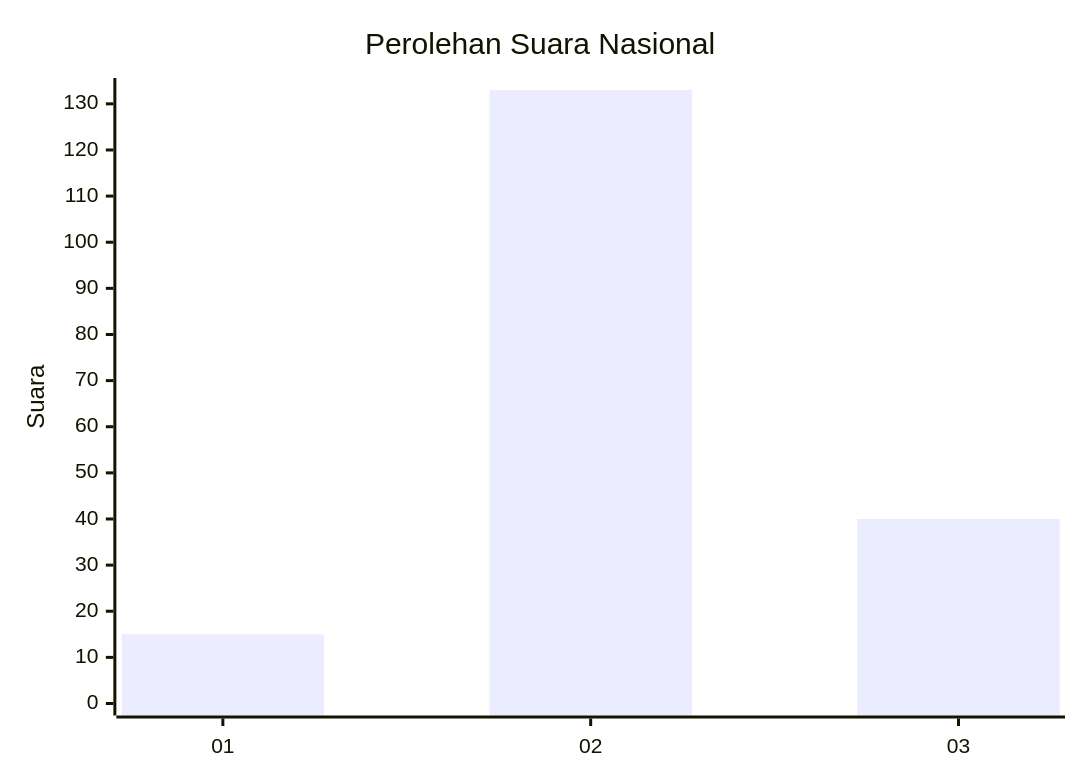
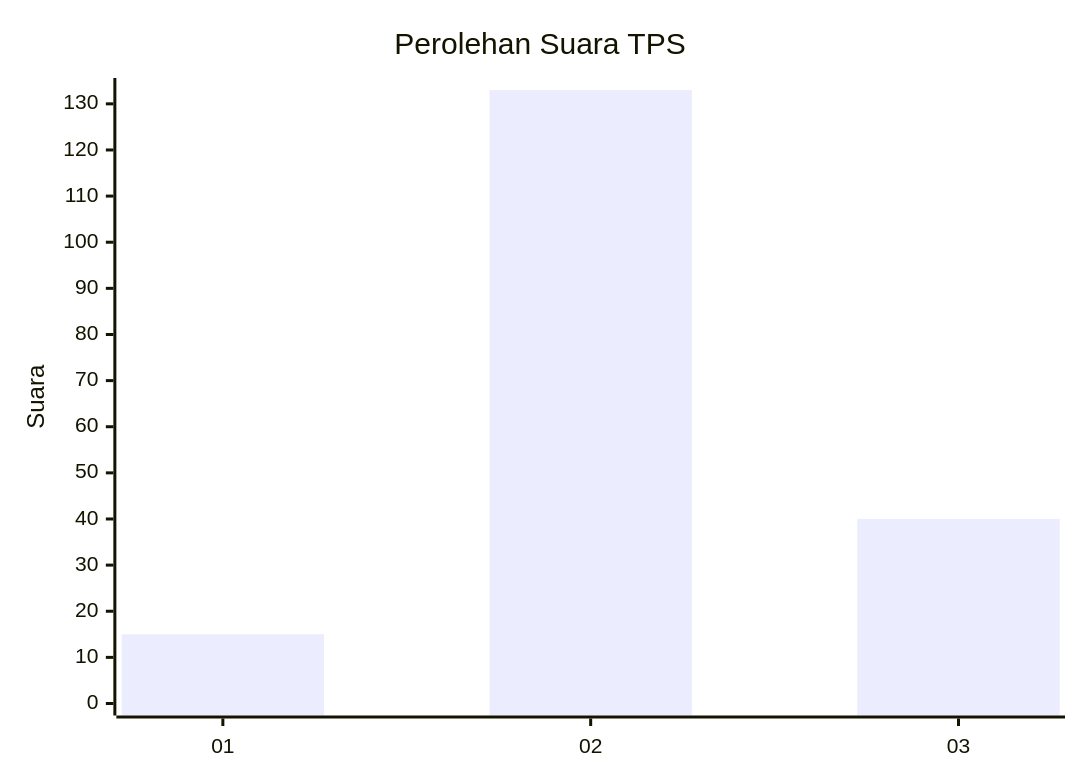
The first of 2 diagrams in pilpres/hitung-suara/sub/71-sulawesi-utara/sub/03-kepulauan-sangihe/sub/13-manganitu/sub/2002-barangka/sub/004-tps/README.md (gigit-pemilu/pemilu-2024-71-sulawesi-utara), drawn with Mermaid before and after one commit. The commit also changed other lines of this file and 7285 other files, not shown here.

````diff
--- a/pilpres/hitung-suara/sub/71-sulawesi-utara/sub/03-kepulauan-sangihe/sub/13-manganitu/sub/2002-barangka/sub/004-tps/README.md
+++ b/pilpres/hitung-suara/sub/71-sulawesi-utara/sub/03-kepulauan-sangihe/sub/13-manganitu/sub/2002-barangka/sub/004-tps/README.md
@@ -5,7 +5,7 @@
 ```mermaid
 xychart-beta
-    title "Perolehan Suara Nasional"
+    title "Perolehan Suara TPS"
     x-axis [01, 02, 03]
     y-axis "Suara" 0 --> 133
     bar [15, 133, 40]
 ```
````
